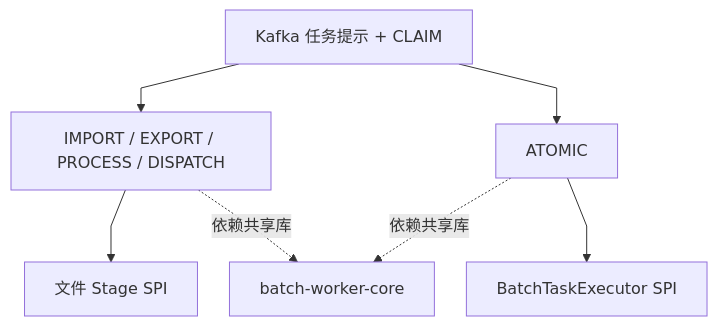
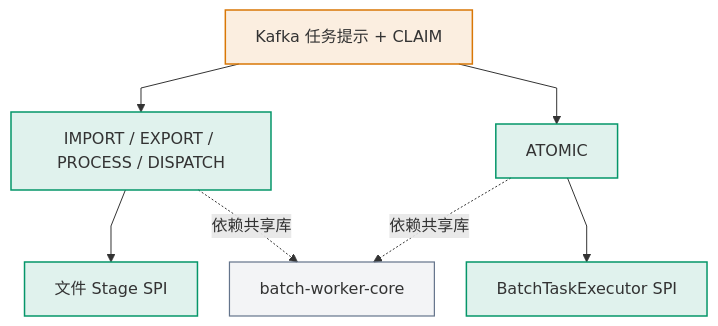
One commit to pinpols/file-batch-system changed the seventh of 8 diagrams in docs/design/file-pipeline-design.md. Above: the diagram before and after it, drawn with Mermaid. The commit also changed other lines of this file and 34 other files, not shown here.

First line of the commit message:
docs(diagram): 完成 P3 Mermaid 图样式收口并补充制图规范 (#1390)

````diff
--- a/docs/design/file-pipeline-design.md
+++ b/docs/design/file-pipeline-design.md
@@ -1025,10 +1042,14 @@
 ```mermaid
 %%{init: {"flowchart":{"curve":"linear","nodeSpacing":32,"rankSpacing":48},"sequence":{"mirrorActors":false}}}%%
 flowchart TB
-  K[Kafka 任务提示 + CLAIM] --> F[IMPORT / EXPORT / PROCESS / DISPATCH]
-  K --> A[ATOMIC]
-  F --> S[文件 Stage SPI]
-  A --> T[BatchTaskExecutor SPI]
-  F -. 依赖共享库 .-> C[batch-worker-core]
+  K[Kafka 任务提示 + CLAIM]:::mq --> F[IMPORT / EXPORT / PROCESS / DISPATCH]:::worker
+  K --> A[ATOMIC]:::worker
+  F --> S[文件 Stage SPI]:::worker
+  A --> T[BatchTaskExecutor SPI]:::worker
+  F -. 依赖共享库 .-> C[batch-worker-core]:::lib
   A -. 依赖共享库 .-> C
+
+  classDef mq fill:#d977061f,stroke:#d97706,stroke-width:1.5px
+  classDef worker fill:#0596691f,stroke:#059669,stroke-width:1.5px
+  classDef lib fill:#64748b14,stroke:#64748b,stroke-width:1.2px
 ```
````
